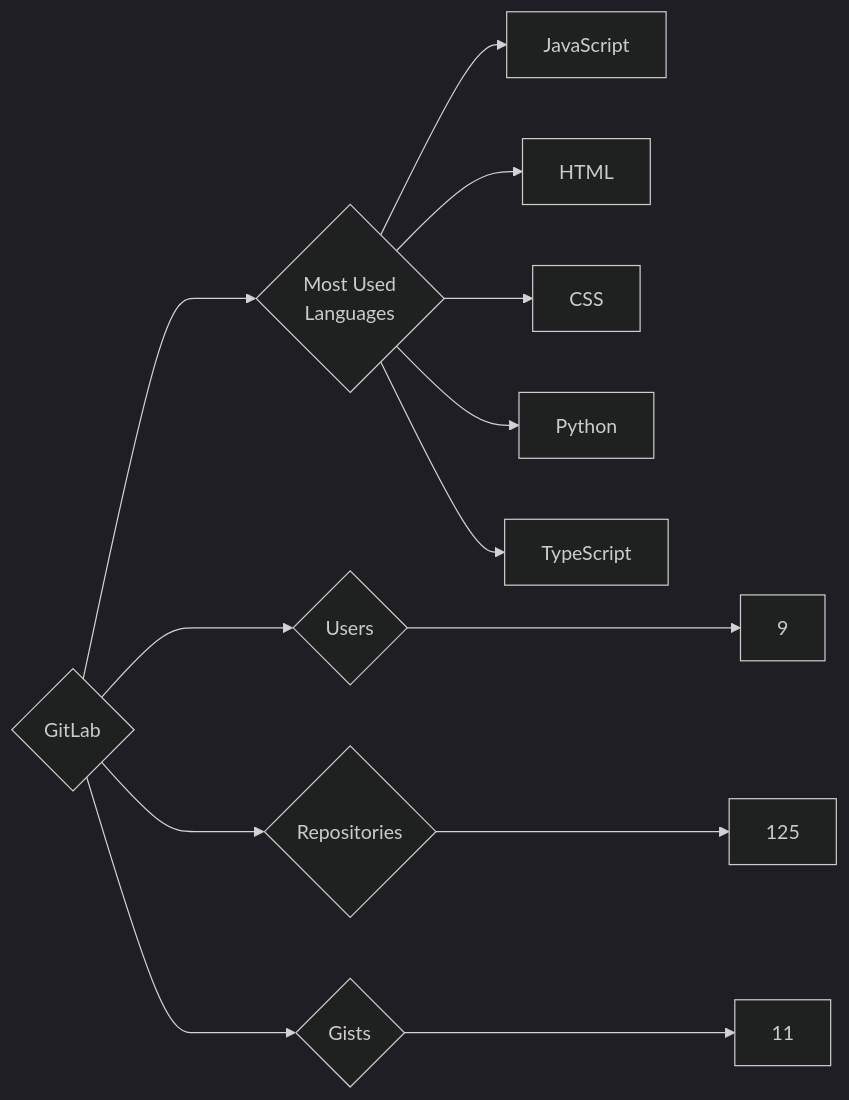
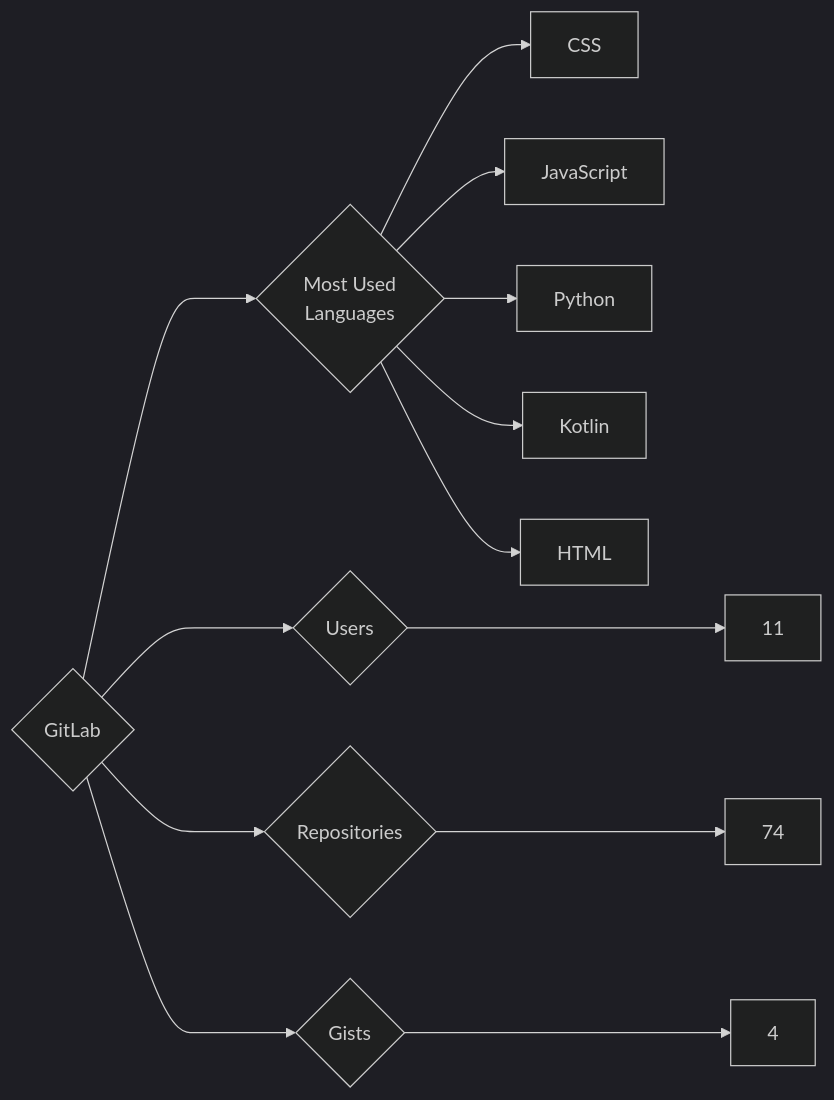
Before and after one commit to trickest/insiders: the diagram in targets/GitLab/README.md, drawn with Mermaid (dark theme). The commit also changed 988 other files, not shown here.

````diff
--- a/targets/GitLab/README.md
+++ b/targets/GitLab/README.md
@@ -3,13 +3,13 @@
 ```mermaid
 graph LR
 COMPANY_NAME{GitLab}
-COMPANY_NAME ---> U{Users} ---> UN[9]
-COMPANY_NAME ---> R{Repositories} ---> RN[125]
-COMPANY_NAME ---> G{Gists} ---> GN[11]
+COMPANY_NAME ---> U{Users} ---> UN[11]
+COMPANY_NAME ---> R{Repositories} ---> RN[74]
+COMPANY_NAME ---> G{Gists} ---> GN[4]
 COMPANY_NAME ---> ML{Most Used<br>Languages}
+ML --> CSS[CSS]
 ML --> JavaScript[JavaScript]
+ML --> Python[Python]
+ML --> Kotlin[Kotlin]
 ML --> HTML[HTML]
-ML --> CSS[CSS]
-ML --> Python[Python]
-ML --> TypeScript[TypeScript]
 ```
````
